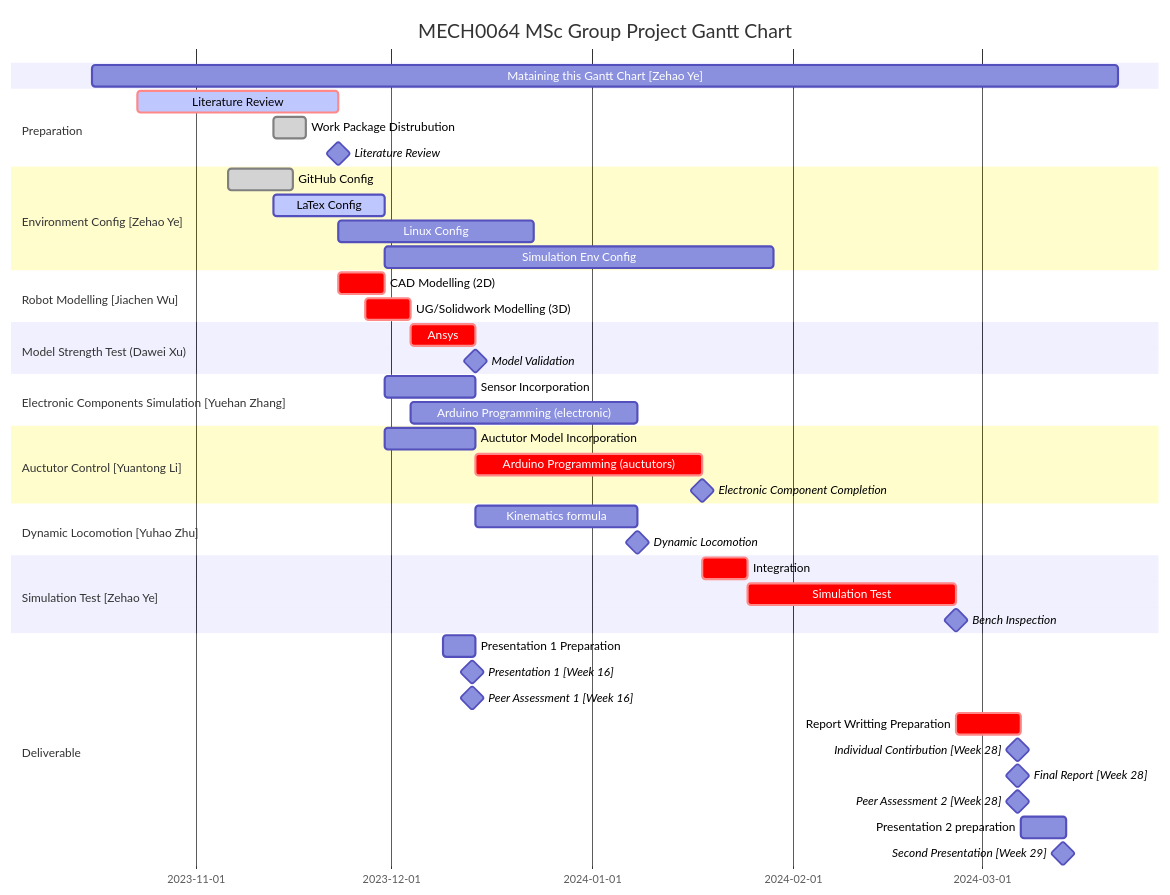
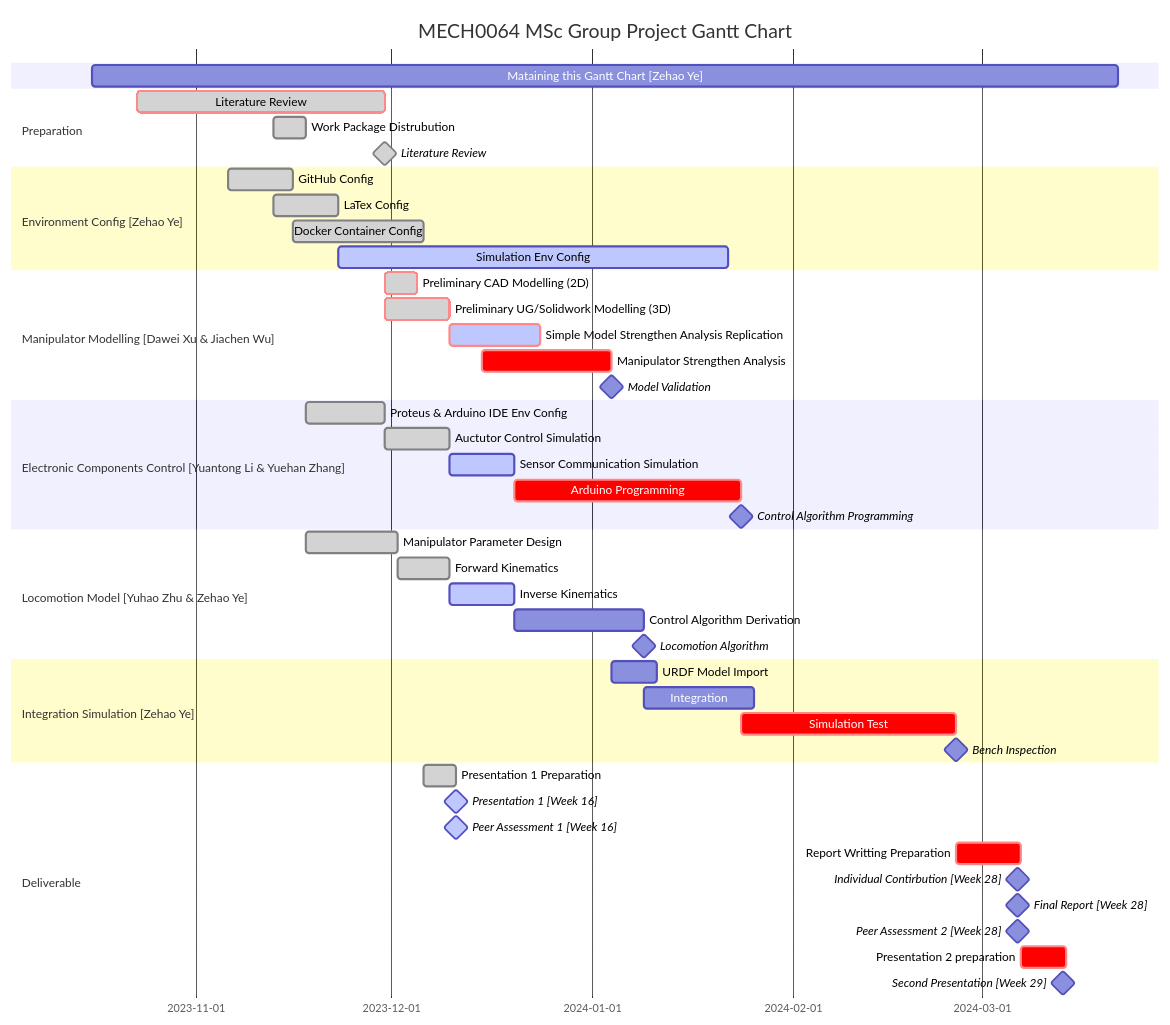
The first of 2 diagrams in README.md (yezehao/Compact-Continuum-Manipulator-Platform), drawn with Mermaid before and after one commit.

Commit message:
udpate README

````diff
--- a/README.md
+++ b/README.md
@@ -3,56 +3,56 @@
 ```mermaid
 gantt
     dateFormat  YYYY-MM-DD
     title MECH0064 MSc Group Project Gantt Chart
 
     Mataining this Gantt Chart [Zehao Ye] : 2023-10-16, 2024-03-22
 
     section Preparation
-    Literature Review: crit, active, LR, 2023-10-23, 2023-11-23
-    Work Package Distrubution: done, 2023-11-13, 5d
-    Literature Review: milestone, after LR, 0d 
+    Literature Review: crit, done, LR, 2023-10-23, 2023-11-30
+    Work Package Distrubution: done, WKD, 2023-11-13, 5d
+    Literature Review: milestone, done, after LR, 0d 
 
     section Environment Config [Zehao Ye]
-    GitHub Config: done, 2023-11-6, 2023-11-16
-    LaTex Config: active, 2023-11-13, 2023-11-30
-    Linux Config: 2023-11-23, 30d
-    Simulation Env Config: SEC, 2023-11-30, 60d
+    GitHub Config: done, GC, 2023-11-6, 10d
+    LaTex Config: done, LC, 2023-11-13, 10d
+    Docker Container Config: done, DCC, after GC, 20d
+    Simulation Env Config: active, SEC, after LC, 60d
 
-    section Robot Modelling [Jiachen Wu] 
-    CAD Modelling (2D): crit, CAD, after LR, 7d
-    UG/Solidwork Modelling (3D): crit, 3D_MODEL, 2023-11-27, 7d
+    section Manipulator Modelling [Dawei Xu & Jiachen Wu] 
+    Preliminary CAD Modelling (2D): done, crit, pre2D, after LR, 5d
+    Preliminary UG/Solidwork Modelling (3D): crit, done, pre3D, 2023-11-30, 10d
+    Simple Model Strengthen Analysis Replication: crit, active, after pre3D, 14d
+    Manipulator Strengthen Analysis: crit, SA, 2023-12-15, 20d
+    Model Validation: milestone, after SA, 0d 
 
-    section Model Strength Test (Dawei Xu) 
-    Ansys: crit, ansys, after 3D_MODEL, 10d
-    Model Validation: milestone, after ansys, 0d 
+    section Electronic Components Control [Yuantong Li & Yuehan Zhang]
+    Proteus & Arduino IDE Env Config: done, proteus, after WKD, 12d
+    Auctutor Control Simulation: done, motor, after proteus, 10d
+    Sensor Communication Simulation: active, sensor, after motor, 10d
+    Arduino Programming: crit, Arduino, after sensor, 35d
+   Control Algorithm Programming: milestone, after Arduino, 0d 
 
-    section Electronic Components Simulation [Yuehan Zhang]
-    Sensor Incorporation: model_sensor, after CAD, 14d
-    Arduino Programming (electronic): ELEC_Arduino, after 3D_MODEL, 35d
+    section Locomotion Model [Yuhao Zhu & Zehao Ye]
+    Manipulator Parameter Design: done, MPD, after WKD, 14d
+    Forward Kinematics: done, FK, after MPD, 8d
+    Inverse Kinematics: active, IK, after FK, 10d
+    Control Algorithm Derivation: CA, after IK, 20d
+    Locomotion Algorithm: milestone, after CA, 0d 
 
-
-    section Auctutor Control [Yuantong Li] 
-    Auctutor Model Incorporation: model_motor, after CAD, 14d
-    Arduino Programming (auctutors): crit, Auctutor_Arduino, after ansys, 35d
-    Electronic Component Completion: milestone, after Auctutor_Arduino, 0d 
-
-    section Dynamic Locomotion [Yuhao Zhu]
-    Kinematics formula: Kinematics, after ansys, 25d
-    Dynamic Locomotion: milestone, after Kinematics, 0d 
-
-    section Simulation Test [Zehao Ye]
-    Integration: crit, Integration, after Auctutor_Arduino, 7d
-    Simulation Test: crit, after Integration, 2024-02-26
+    section Integration Simulation [Zehao Ye]
+    URDF Model Import: MI, after SA, 7d
+    Integration: after CA, 2024-01-26
+    Simulation Test: crit, after Arduino, 2024-02-26
     Bench Inspection: milestone, 2024-02-26, 0d 
 
     section Deliverable
-    Presentation 1 Preparation: 2023-12-09, 5d
-    Presentation 1 [Week 16]: milestone, 2023-12-11, 5d 
-    Peer Assessment 1 [Week 16]: milestone, 2023-12-11, 5d 
+    Presentation 1 Preparation: done, 2023-12-06, 5d
+    Presentation 1 [Week 16]: milestone, active, 2023-12-11, 0d 
+    Peer Assessment 1 [Week 16]: milestone, active, 2023-12-11, 0d 
     Report Writting Preparation: crit, 2024-02-26, 10d 
     Individual Contirbution [Week 28]: milestone, 2024-03-04, 5d 
     Final Report [Week 28]: milestone, 2024-03-04, 5d 
     Peer Assessment 2 [Week 28]: milestone, 2024-03-04, 5d
-    Presentation 2 preparation: 2024-03-07, 7d 
+    Presentation 2 preparation: crit, 2024-03-07, 7d 
     Second Presentation [Week 29]: milestone, 2024-03-11, 5d 
 ```
````
